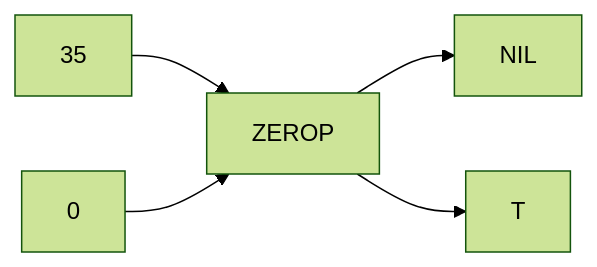
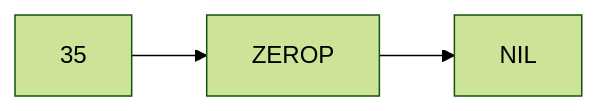
Before and after one commit to bahyway/DevCommonLispLAB: the fifth of 10 diagrams in docs/devcommonlisplab/functions-and-data.md, drawn with Mermaid (forest theme). The commit also changed other lines of this file, not shown here.

Commit message:
GITBOOK-19: change request with no subject merged in GitBook

````diff
--- a/docs/devcommonlisplab/functions-and-data.md
+++ b/docs/devcommonlisplab/functions-and-data.md
@@ -59,8 +59,6 @@
 ```mermaid
 flowchart LR
 35 --> ZEROP 
 ZEROP --> NIL
 
-0 --> ZEROP 
-ZEROP --> T
 ```
````
